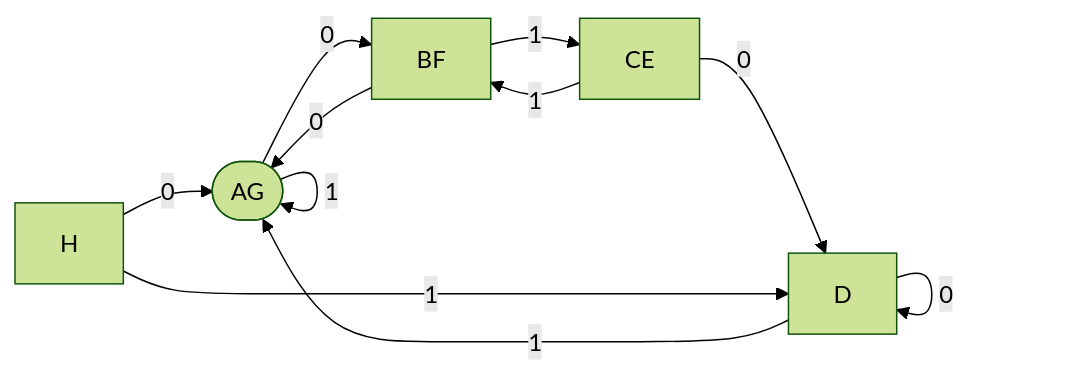
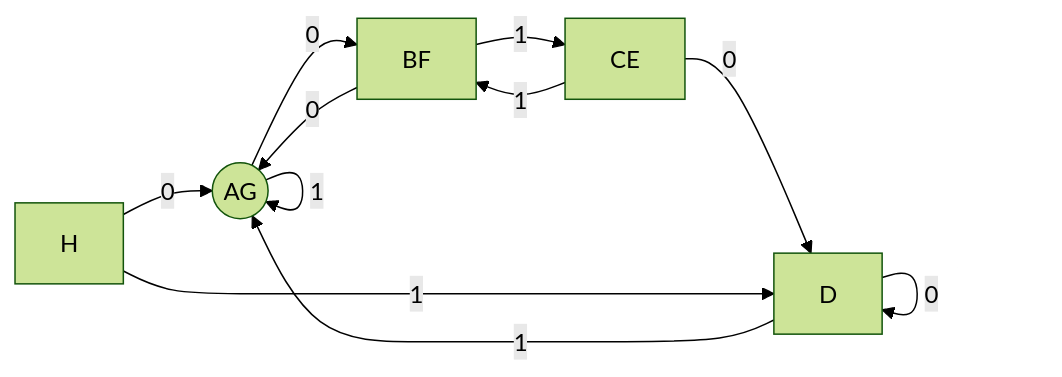
Before and after one commit to erennere/erennere.github.io: the diagram in _posts/2020-05-09-编译原理（三）.md, drawn with Mermaid (forest theme). The commit also changed other lines of this file and 615 other files, not shown here.

````diff
--- a/_posts/2020-05-09-编译原理（三）.md
+++ b/_posts/2020-05-09-编译原理（三）.md
@@ -28,14 +27,14 @@
 ```mermaid
-flowchart LR
+graph LR
 AG--0-->BF
 AG--1-->AG
 BF--0-->AG
 BF--1-->CE
 CE--0-->D
 CE--1-->BF
 D--0-->D
 D--1-->AG
 H--0-->AG
 H--1-->D
-AG([AG])
+AG((AG))
 ```
````
